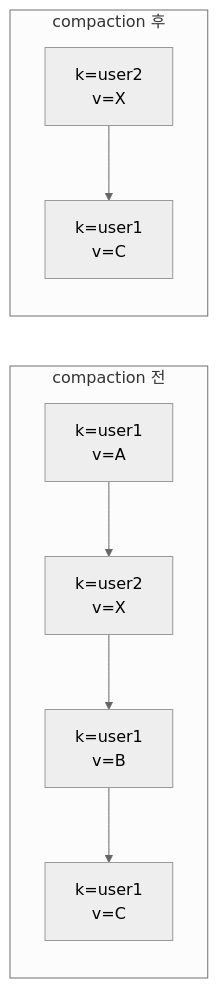
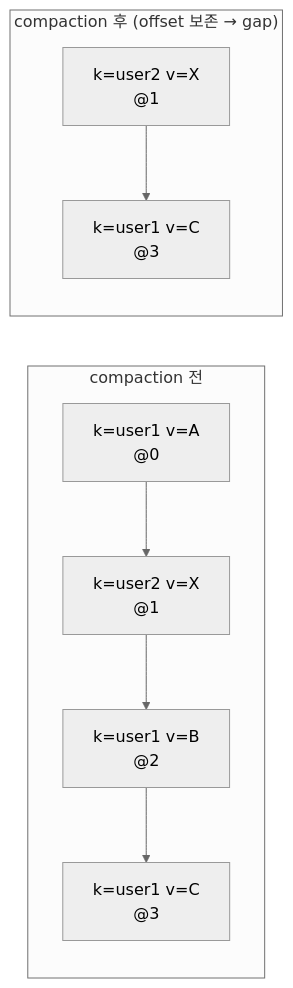
The third of 3 diagrams in docs/book/1-internals/02-log-abstraction.md (ghtjr410/kafka-lab), drawn with Mermaid (neutral theme) before and after one commit. The commit also changed other lines of this file, not shown here.

````diff
--- a/docs/book/1-internals/02-log-abstraction.md
+++ b/docs/book/1-internals/02-log-abstraction.md
@@ -102,9 +110,9 @@
 ```mermaid
 graph LR
     subgraph "compaction 전"
-        A1["k=user1<br/>v=A"] --> A2["k=user2<br/>v=X"] --> A3["k=user1<br/>v=B"] --> A4["k=user1<br/>v=C"]
+        A1["k=user1 v=A<br/>@0"] --> A2["k=user2 v=X<br/>@1"] --> A3["k=user1 v=B<br/>@2"] --> A4["k=user1 v=C<br/>@3"]
     end
-    subgraph "compaction 후"
-        B1["k=user2<br/>v=X"] --> B2["k=user1<br/>v=C"]
+    subgraph "compaction 후 (offset 보존 → gap)"
+        B1["k=user2 v=X<br/>@1"] --> B2["k=user1 v=C<br/>@3"]
     end
 ```
````
